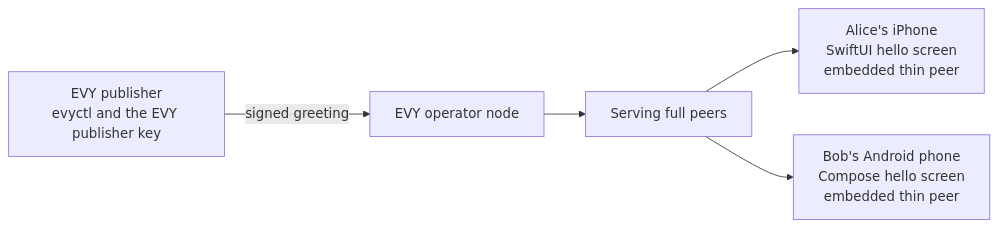
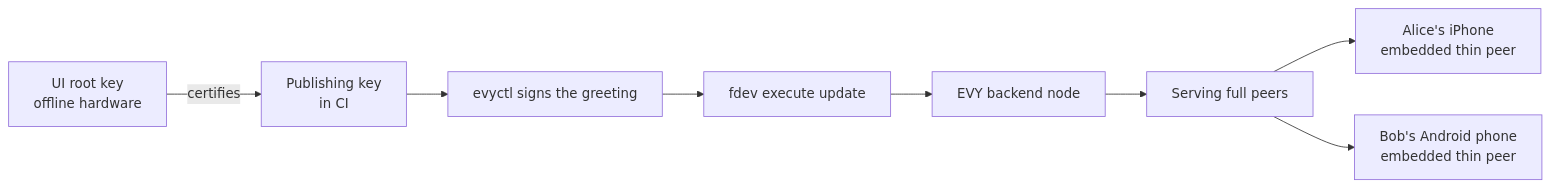
Before and after one commit to EVY-Platform/evy-freenet-plans: the first of 5 diagrams in 2-evy-on-freenet/01-hello-evy-world.md, drawn with Mermaid. The commit also changed other lines of this file and 34 other files, not shown here.

````diff
--- a/2-evy-on-freenet/01-hello-evy-world.md
+++ b/2-evy-on-freenet/01-hello-evy-world.md
@@ -20,7 +27,10 @@
 ```mermaid
 flowchart LR
-    Pub[EVY publisher<br>evyctl and the EVY publisher key] -->|signed greeting| Op[EVY operator node]
-    Op --> Net[Serving full peers]
-    Net --> A[Alice's iPhone<br>SwiftUI hello screen<br>embedded thin peer]
-    Net --> B[Bob's Android phone<br>Compose hello screen<br>embedded thin peer]
+    Root[UI root key<br>offline hardware] -->|certifies| Key[Publishing key<br>in CI]
+    Key --> Ctl[evyctl signs the greeting]
+    Ctl --> Fdev[fdev execute update]
+    Fdev --> Node[EVY backend node]
+    Node --> Net[Serving full peers]
+    Net --> A[Alice's iPhone<br>embedded thin peer]
+    Net --> B[Bob's Android phone<br>embedded thin peer]
 ```
````
